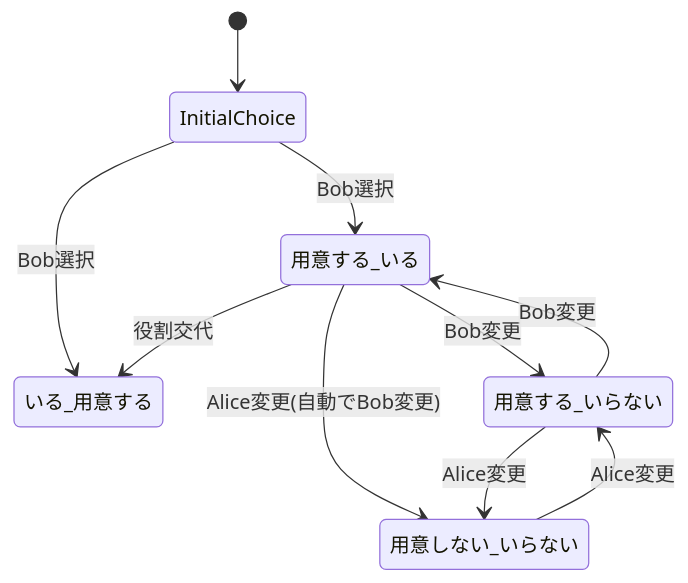
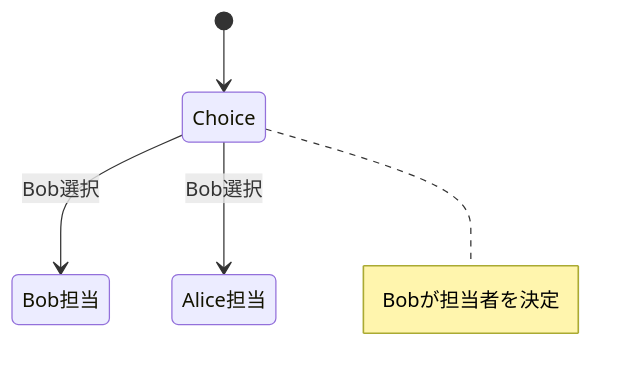
The first of 3 diagrams in docs/domain/dinner.md (oginoshikibu/personal-linebot-hono), drawn with Mermaid before and after one commit. The commit also changed other lines of this file, not shown here.

````diff
--- a/docs/domain/dinner.md
+++ b/docs/domain/dinner.md
@@ -22,16 +34,10 @@
 ```mermaid
 stateDiagram-v2
-    [*] --> InitialChoice
-    InitialChoice --> いる_用意する : Bob選択
-    InitialChoice --> 用意する_いる : Bob選択
+    [*] --> Choice
+    Choice --> Bob担当 : Bob選択
+    Choice --> Alice担当 : Bob選択
     
-    用意する_いる --> 用意する_いらない : Bob変更
-    用意する_いる --> いる_用意する : 役割交代
-    用意する_いる --> 用意しない_いらない : Alice変更(自動でBob変更)
-    
-    用意する_いらない --> 用意する_いる : Bob変更
-    用意する_いらない --> 用意しない_いらない : Alice変更
-    
-    用意しない_いらない --> 用意する_いらない : Alice変更
-    
+    note right of Choice
+        Bobが担当者を決定
+    end note
 ```
````
